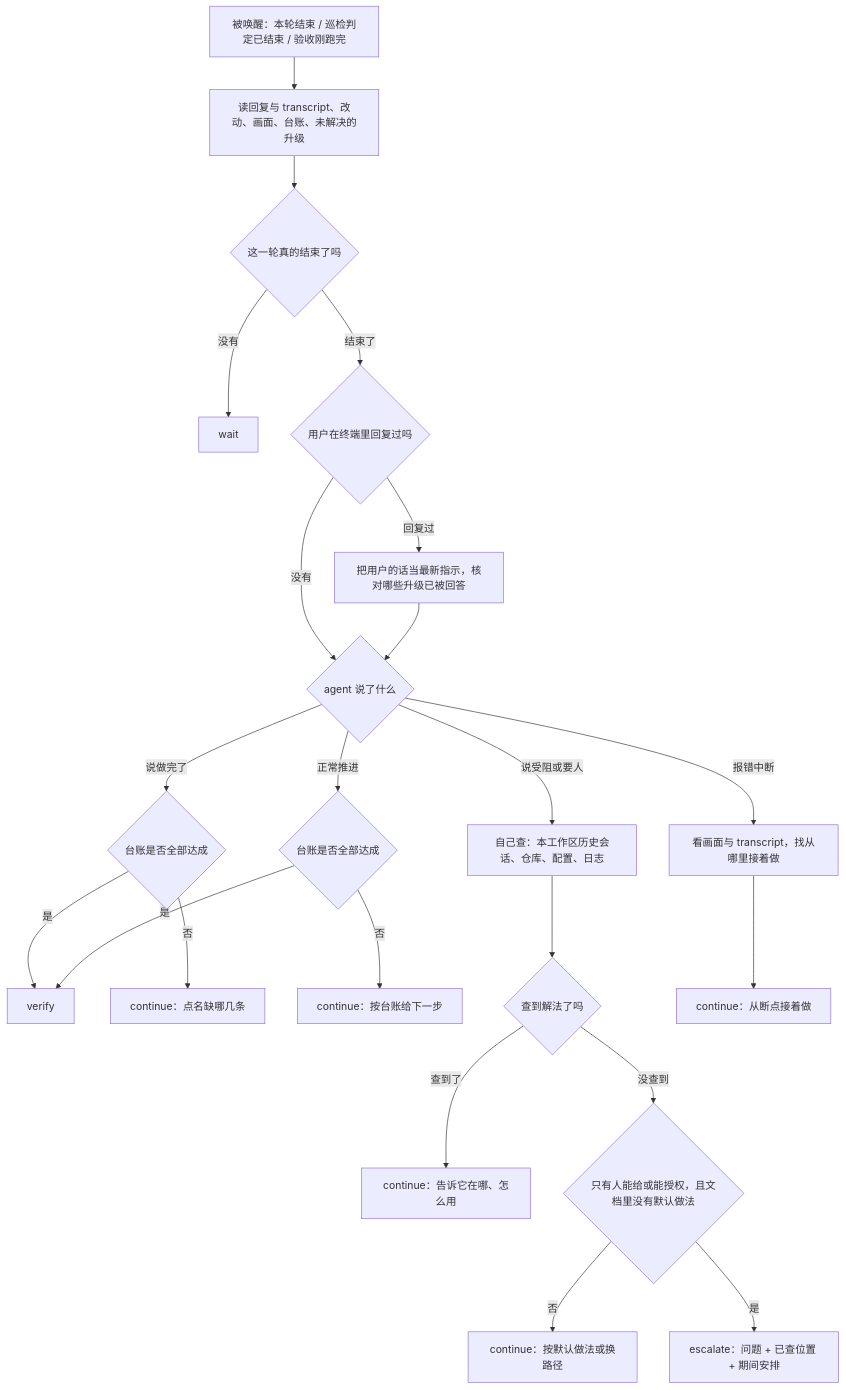
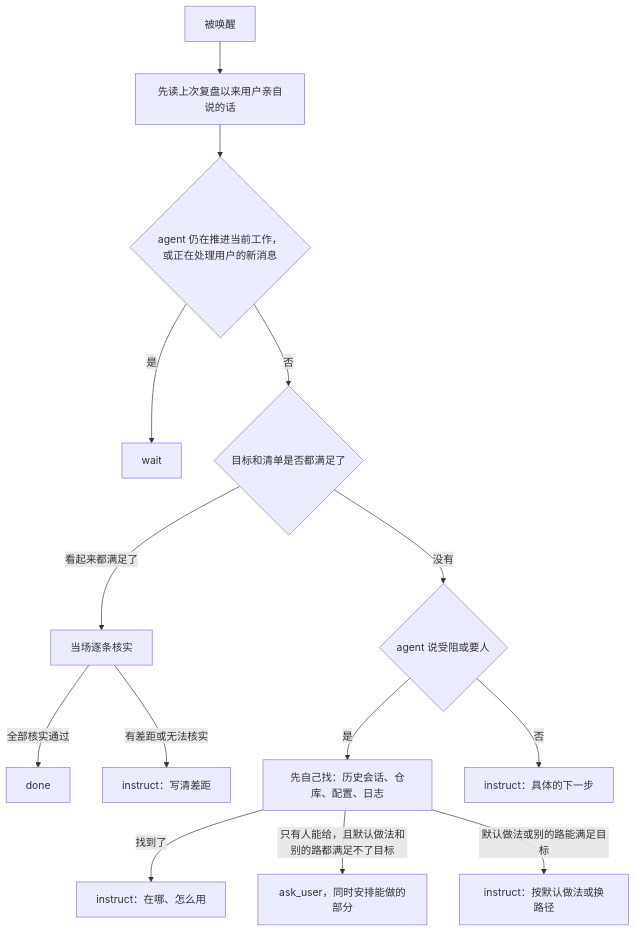
Before and after one commit to Fartown/orca: the third of 3 diagrams in docs/issue/Goal目标模式/solutions/Goal守卫监工与唤醒兜底修订方案.md, drawn with Mermaid. The commit also changed other lines of this file and 87 other files, not shown here.

````diff
--- a/docs/issue/Goal目标模式/solutions/Goal守卫监工与唤醒兜底修订方案.md
+++ b/docs/issue/Goal目标模式/solutions/Goal守卫监工与唤醒兜底修订方案.md
@@ -253,24 +200,16 @@
 ```mermaid
 flowchart TD
-  A["被唤醒：本轮结束 / 巡检判定已结束 / 验收刚跑完"] --> B["读回复与 transcript、改动、画面、台账、未解决的升级"]
-  B --> C{"这一轮真的结束了吗"}
-  C -->|"没有"| W["wait"]
-  C -->|"结束了"| U{"用户在终端里回复过吗"}
-  U -->|"回复过"| U2["把用户的话当最新指示，核对哪些升级已被回答"]
-  U -->|"没有"| D
-  U2 --> D{"agent 说了什么"}
-  D -->|"说做完了"| V{"台账是否全部达成"}
-  V -->|"是"| VF["verify"]
-  V -->|"否"| I1["continue：点名缺哪几条"]
-  D -->|"说受阻或要人"| E["自己查：本工作区历史会话、仓库、配置、日志"]
-  D -->|"报错中断"| F["看画面与 transcript，找从哪里接着做"]
-  D -->|"正常推进"| K{"台账是否全部达成"}
-  K -->|"是"| VF
-  K -->|"否"| I2["continue：按台账给下一步"]
-  E --> G{"查到解法了吗"}
-  G -->|"查到了"| I3["continue：告诉它在哪、怎么用"]
-  G -->|"没查到"| H{"只有人能给或能授权，且文档里没有默认做法"}
-  H -->|"否"| I4["continue：按默认做法或换路径"]
-  H -->|"是"| J["escalate：问题 + 已查位置 + 期间安排"]
-  F --> I5["continue：从断点接着做"]
+  A["被唤醒"] --> U["先读上次复盘以来用户亲自说的话"]
+  U --> B{"agent 仍在推进当前工作，或正在处理用户的新消息"}
+  B -->|"是"| W["wait"]
+  B -->|"否"| C{"目标和清单是否都满足了"}
+  C -->|"看起来都满足了"| V["当场逐条核实"]
+  V -->|"全部核实通过"| DONE["done"]
+  V -->|"有差距或无法核实"| I1["instruct：写清差距"]
+  C -->|"没有"| E{"agent 说受阻或要人"}
+  E -->|"是"| F["先自己找：历史会话、仓库、配置、日志"]
+  F -->|"找到了"| I2["instruct：在哪、怎么用"]
+  F -->|"只有人能给，且默认做法和别的路都满足不了目标"| Q["ask_user，同时安排能做的部分"]
+  F -->|"默认做法或别的路能满足目标"| I3["instruct：按默认做法或换路径"]
+  E -->|"否"| I4["instruct：具体的下一步"]
 ```
````
